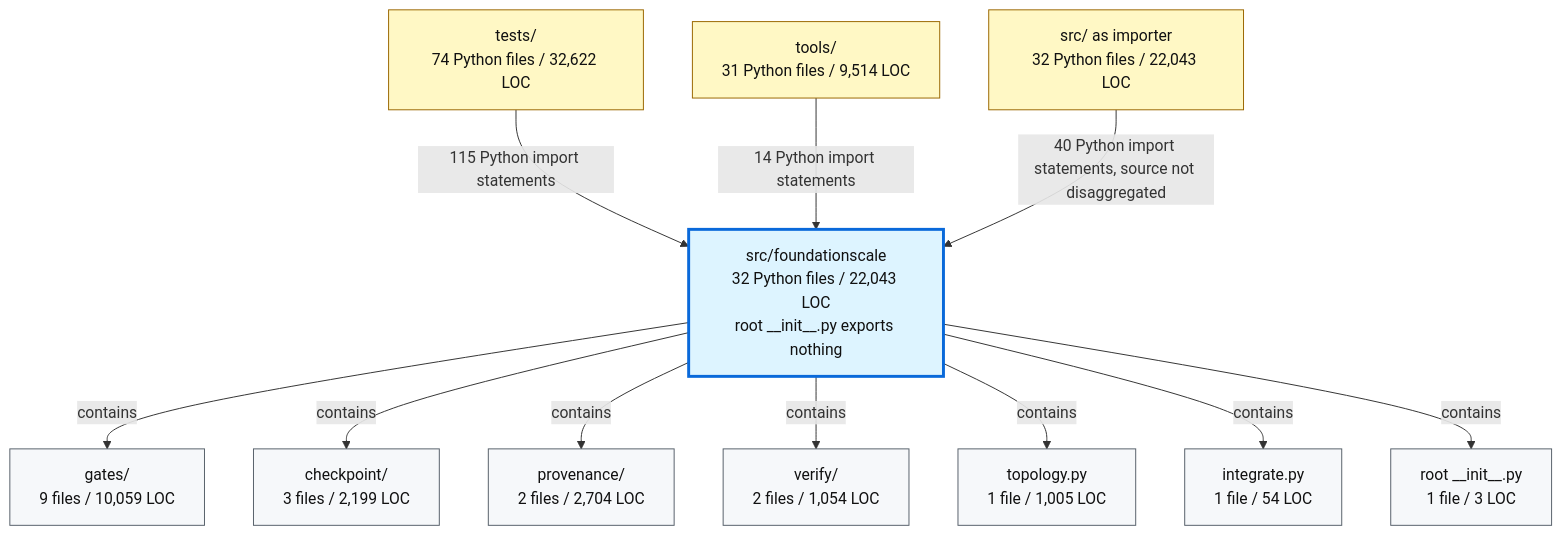
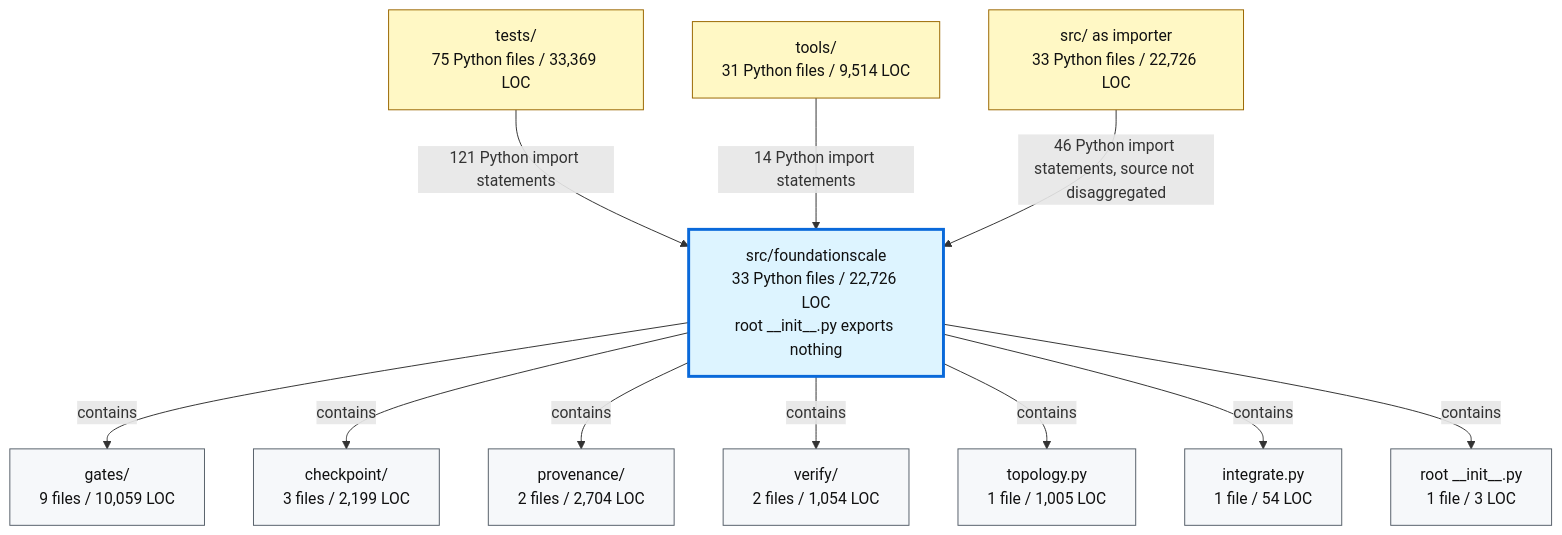
One commit to TranNhiem/FoundationScale changed the second of 2 diagrams in docs/review/D2_current_architecture.md. Above: the diagram before and after it, drawn with Mermaid. The commit also changed other lines of this file and 17 other files, not shown here.

````diff
--- a/docs/review/D2_current_architecture.md
+++ b/docs/review/D2_current_architecture.md
@@ -97,36 +97,36 @@
 ```mermaid
 flowchart TB
-  TESTS["tests/<br/>74 Python files / 32,622 LOC"]
+  TESTS["tests/<br/>75 Python files / 33,369 LOC"]
   TOOLS["tools/<br/>31 Python files / 9,514 LOC"]
-  SRC["src/ as importer<br/>32 Python files / 22,043 LOC"]
+  SRC["src/ as importer<br/>33 Python files / 22,726 LOC"]
 
-  FS["src/foundationscale<br/>32 Python files / 22,043 LOC<br/>root __init__.py exports nothing"]
+  FS["src/foundationscale<br/>33 Python files / 22,726 LOC<br/>root __init__.py exports nothing"]
 
   GATES["gates/<br/>9 files / 10,059 LOC"]
   CKPT["checkpoint/<br/>3 files / 2,199 LOC"]
   PROV["provenance/<br/>2 files / 2,704 LOC"]
   VERIFY["verify/<br/>2 files / 1,054 LOC"]
   TOPO["topology.py<br/>1 file / 1,005 LOC"]
   INTEG["integrate.py<br/>1 file / 54 LOC"]
   ROOT["root __init__.py<br/>1 file / 3 LOC"]
 
-  TESTS -->|"115 Python import statements"| FS
+  TESTS -->|"121 Python import statements"| FS
   TOOLS -->|"14 Python import statements"| FS
-  SRC -->|"40 Python import statements, source not disaggregated"| FS
+  SRC -->|"46 Python import statements, source not disaggregated"| FS
 
   FS -->|"contains"| GATES
   FS -->|"contains"| CKPT
   FS -->|"contains"| PROV
   FS -->|"contains"| VERIFY
   FS -->|"contains"| TOPO
   FS -->|"contains"| INTEG
   FS -->|"contains"| ROOT
 
   classDef consumer fill:#fff8c5,stroke:#9a6700,color:#111;
   classDef package fill:#ddf4ff,stroke:#0969da,stroke-width:3px,color:#111;
   classDef module fill:#f6f8fa,stroke:#57606a,color:#111;
 
   class TESTS,TOOLS,SRC consumer;
   class FS package;
   class GATES,CKPT,PROV,VERIFY,TOPO,INTEG,ROOT module;
 ```
````
